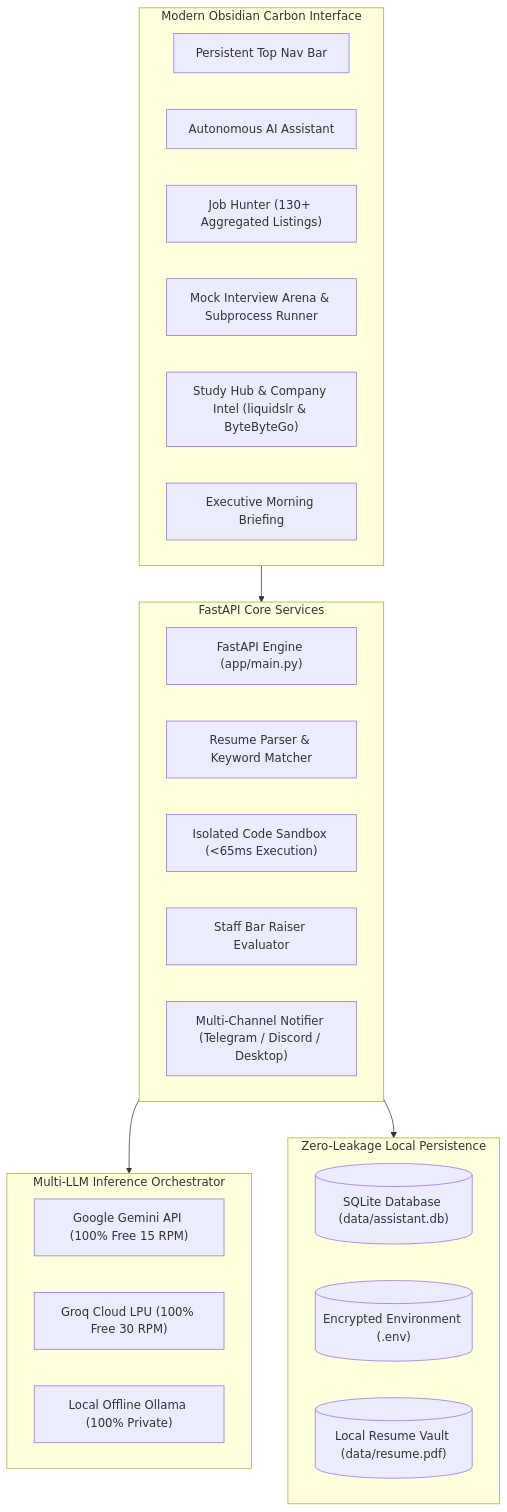
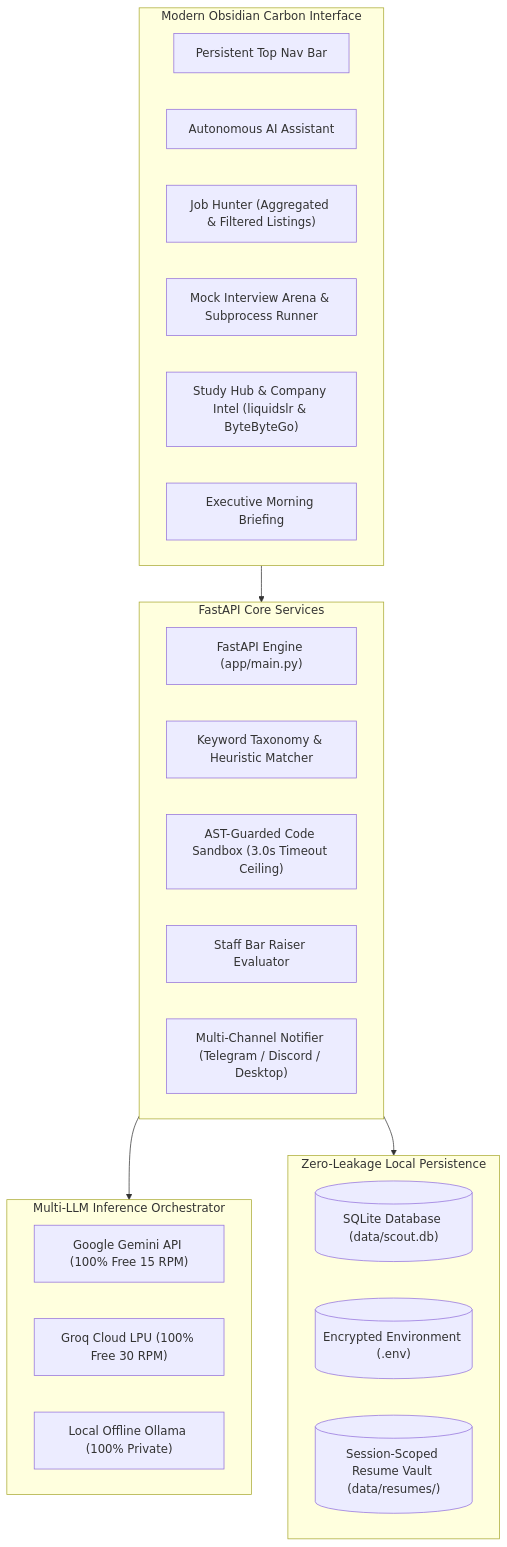
One commit to Durgesh1008/Scout-AI changed the diagram in README.md. Above: the diagram before and after it, drawn with Mermaid. The commit also changed other lines of this file and 12 other files, not shown here.

Commit message:
fix: resolve multi-user resume isolation, sandbox security, contact verification, and documentation claims

````diff
--- a/README.md
+++ b/README.md
@@ -21,35 +21,35 @@
 ```mermaid
 flowchart TD
     subgraph UI ["Modern Obsidian Carbon Interface"]
         Nav["Persistent Top Nav Bar"]
         Chat["Autonomous AI Assistant"]
-        Jobs["Job Hunter (130+ Aggregated Listings)"]
+        Jobs["Job Hunter (Aggregated & Filtered Listings)"]
         IDE["Mock Interview Arena & Subprocess Runner"]
         Hub["Study Hub & Company Intel (liquidslr & ByteByteGo)"]
         Brief["Executive Morning Briefing"]
     end
 
     subgraph Backend ["FastAPI Core Services"]
         App["FastAPI Engine (app/main.py)"]
-        Parser["Resume Parser & Keyword Matcher"]
-        Compiler["Isolated Code Sandbox (<65ms Execution)"]
+        Parser["Keyword Taxonomy & Heuristic Matcher"]
+        Compiler["AST-Guarded Code Sandbox (3.0s Timeout Ceiling)"]
         Evaluator["Staff Bar Raiser Evaluator"]
         Dispatcher["Multi-Channel Notifier (Telegram / Discord / Desktop)"]
     end
 
     subgraph Providers ["Multi-LLM Inference Orchestrator"]
         Gemini["Google Gemini API (100% Free 15 RPM)"]
         Groq["Groq Cloud LPU (100% Free 30 RPM)"]
         Ollama["Local Offline Ollama (100% Private)"]
     end
 
     subgraph Storage ["Zero-Leakage Local Persistence"]
-        DB[("SQLite Database (data/assistant.db)")]
+        DB[("SQLite Database (data/scout.db)")]
         Env[("Encrypted Environment (.env)")]
-        Vault[("Local Resume Vault (data/resume.pdf)")]
+        Vault[("Session-Scoped Resume Vault (data/resumes/)")]
     end
 
     UI --> Backend
     Backend --> Providers
     Backend --> Storage
 ```
````
